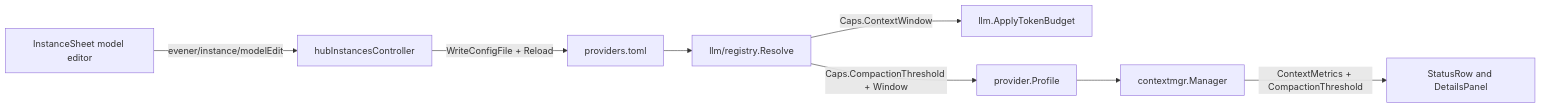
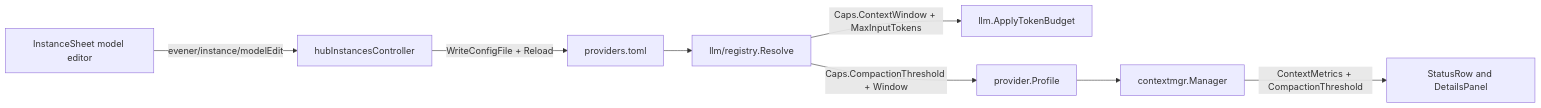
One commit to prime-radiant-inc/evener changed the diagram in docs/superpowers/specs/2026-11-12-per-model-settings-design.md. Above: the diagram before and after it, drawn with Mermaid. The commit also changed other lines of this file, not shown here.

````diff
--- a/docs/superpowers/specs/2026-11-12-per-model-settings-design.md
+++ b/docs/superpowers/specs/2026-11-12-per-model-settings-design.md
@@ -55,10 +56,10 @@
 ```mermaid
 flowchart LR
   UI[InstanceSheet model editor] -->|evener/instance/modelEdit| Hub[hubInstancesController]
   Hub -->|WriteConfigFile + Reload| TOML[providers.toml]
   TOML --> Reg[llm/registry.Resolve]
-  Reg -->|Caps.ContextWindow| WireBudget[llm.ApplyTokenBudget]
+  Reg -->|Caps.ContextWindow + MaxInputTokens| WireBudget[llm.ApplyTokenBudget]
   Reg -->|Caps.CompactionThreshold + Window| Profile[provider.Profile]
   Profile --> CtxMgr[contextmgr.Manager]
   CtxMgr -->|ContextMetrics + CompactionThreshold| Chrome[StatusRow and DetailsPanel]
 ```
````
